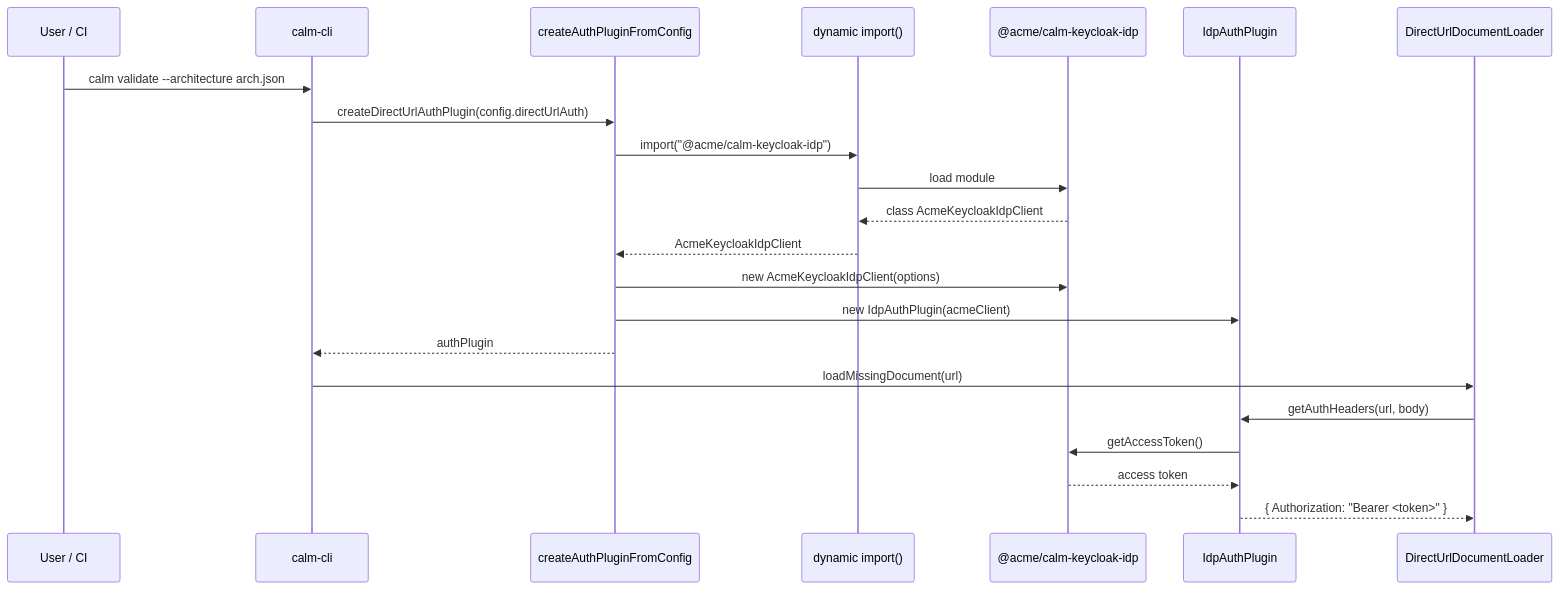
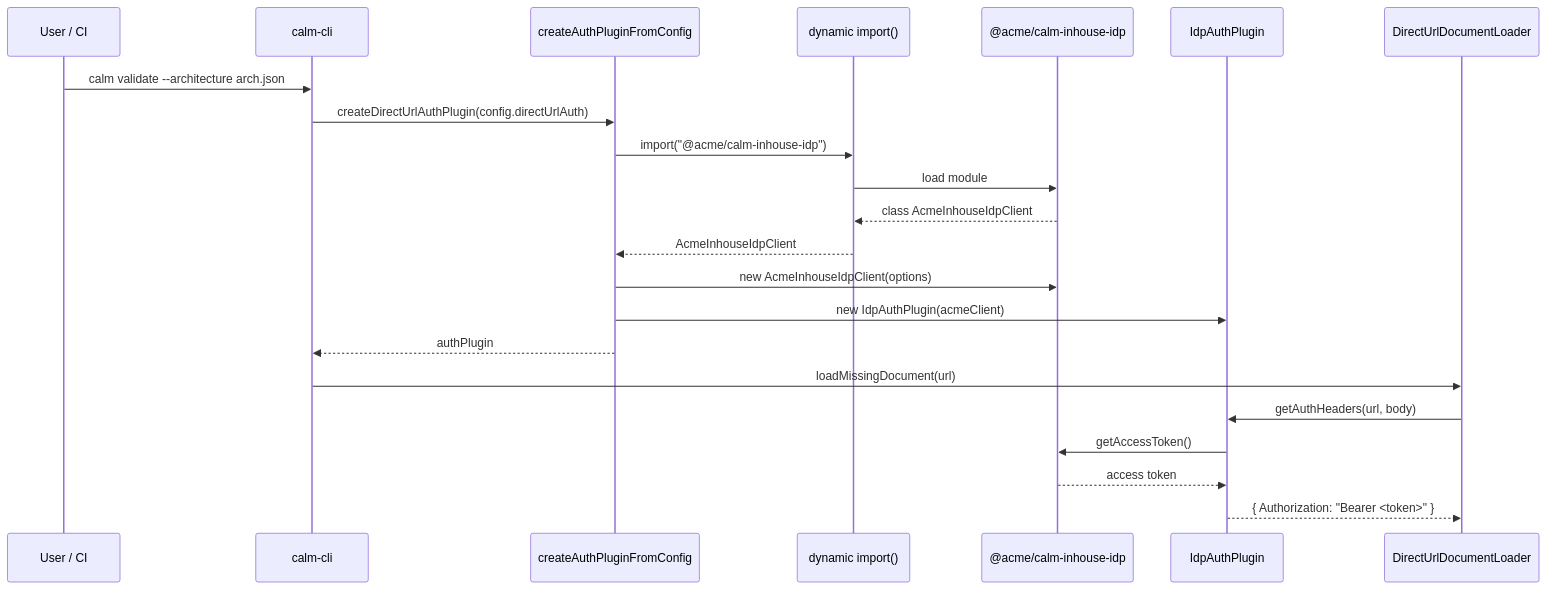
The ninth of 10 diagrams in docs/general-idp-authplugin-design.md (jimthompson5802/calm-web-repo), drawn with Mermaid before and after one commit. The commit also changed other lines of this file, not shown here.

````diff
--- a/docs/general-idp-authplugin-design.md
+++ b/docs/general-idp-authplugin-design.md
@@ -359,25 +357,25 @@
 ```mermaid
 sequenceDiagram
     participant User as User / CI
     participant CLI as calm-cli
     participant Factory as createAuthPluginFromConfig
     participant Dyn as dynamic import()
-    participant Ext as @acme/calm-keycloak-idp
+    participant Ext as @acme/calm-inhouse-idp
     participant IAP as IdpAuthPlugin
     participant Loader as DirectUrlDocumentLoader
 
     User->>CLI: calm validate --architecture arch.json
     CLI->>Factory: createDirectUrlAuthPlugin(config.directUrlAuth)
-    Factory->>Dyn: import("@acme/calm-keycloak-idp")
+    Factory->>Dyn: import("@acme/calm-inhouse-idp")
     Dyn->>Ext: load module
-    Ext-->>Dyn: class AcmeKeycloakIdpClient
-    Dyn-->>Factory: AcmeKeycloakIdpClient
-    Factory->>Ext: new AcmeKeycloakIdpClient(options)
+    Ext-->>Dyn: class AcmeInhouseIdpClient
+    Dyn-->>Factory: AcmeInhouseIdpClient
+    Factory->>Ext: new AcmeInhouseIdpClient(options)
     Factory->>IAP: new IdpAuthPlugin(acmeClient)
     Factory-->>CLI: authPlugin
     CLI->>Loader: loadMissingDocument(url)
     Loader->>IAP: getAuthHeaders(url, body)
     IAP->>Ext: getAccessToken()
     Ext-->>IAP: access token
     IAP-->>Loader: { Authorization: "Bearer <token>" }
 ```
````
